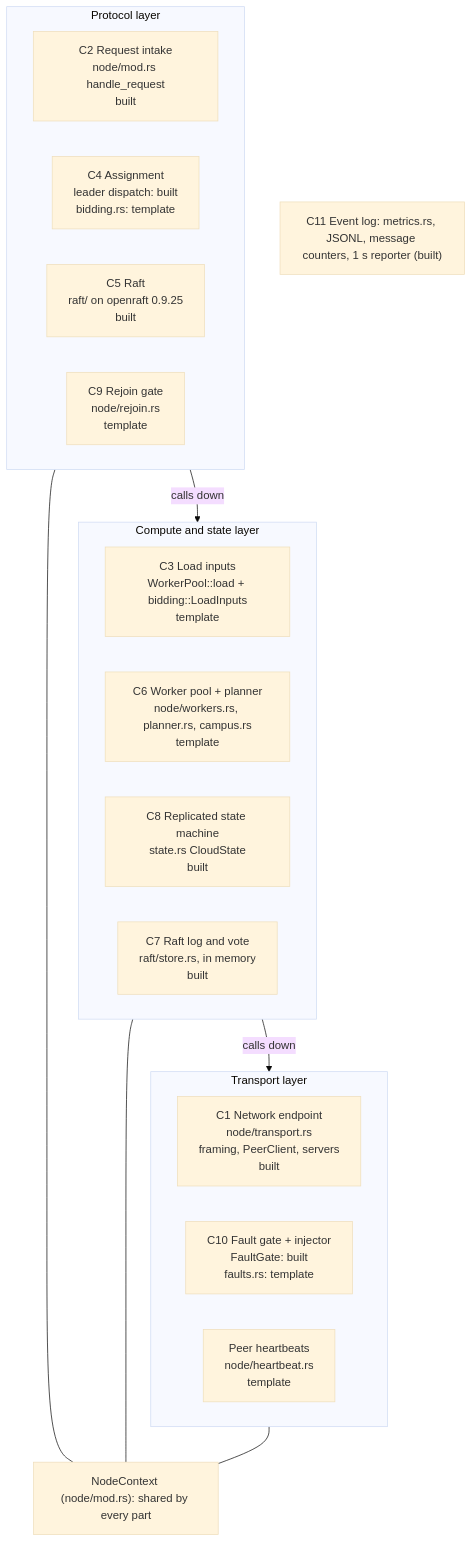
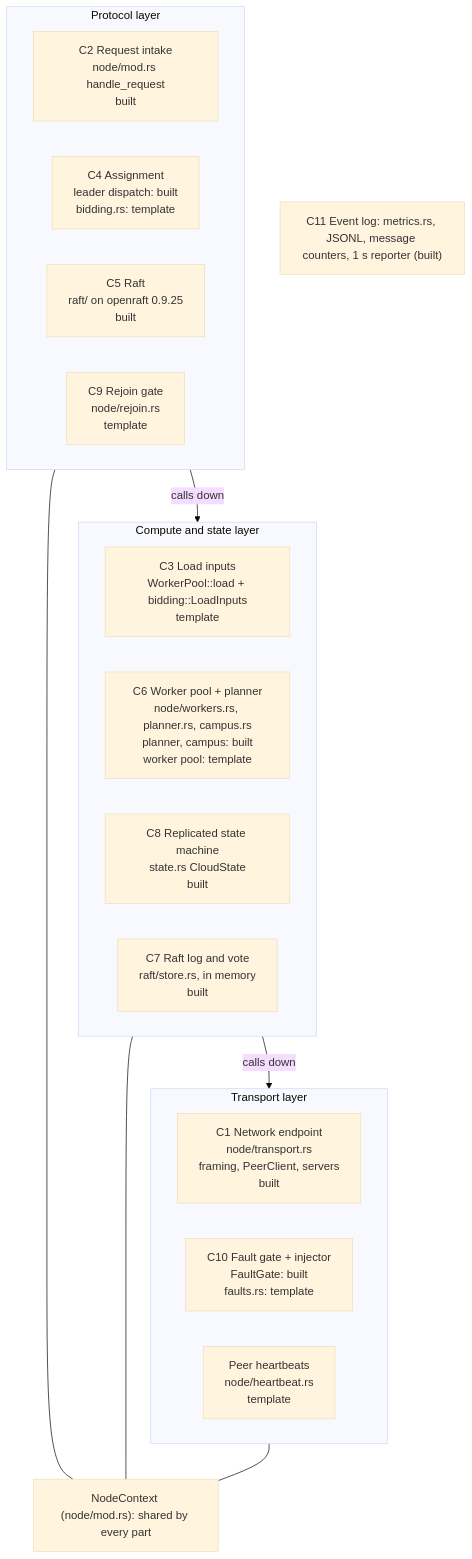
One commit to noortaytoy1/DistributedSystems changed the second of 26 diagrams in docs/architecture.md. Above: the diagram before and after it, drawn with Mermaid (base theme). The commit also changed other lines of this file and 3 other files, not shown here.

First line of the commit message:
Implement the planner and the seeded campus generator

````diff
--- a/docs/architecture.md
+++ b/docs/architecture.md
@@ -126,30 +126,30 @@
 ```mermaid
 flowchart TB
     subgraph TR["Transport layer"]
         direction LR
         C1["C1 Network endpoint<br/>node/transport.rs<br/>framing, PeerClient, servers<br/>built"]
         C10["C10 Fault gate + injector<br/>FaultGate: built<br/>faults.rs: template"]
         HB["Peer heartbeats<br/>node/heartbeat.rs<br/>template"]
     end
     subgraph PR["Protocol layer"]
         direction LR
         C2["C2 Request intake<br/>node/mod.rs handle_request<br/>built"]
         C4["C4 Assignment<br/>leader dispatch: built<br/>bidding.rs: template"]
         C5["C5 Raft<br/>raft/ on openraft 0.9.25<br/>built"]
         C9["C9 Rejoin gate<br/>node/rejoin.rs<br/>template"]
     end
     subgraph CS["Compute and state layer"]
         direction LR
         C3["C3 Load inputs<br/>WorkerPool::load + bidding::LoadInputs<br/>template"]
-        C6["C6 Worker pool + planner<br/>node/workers.rs, planner.rs, campus.rs<br/>template"]
+        C6["C6 Worker pool + planner<br/>node/workers.rs, planner.rs, campus.rs<br/>planner, campus: built<br/>worker pool: template"]
         C8["C8 Replicated state machine<br/>state.rs CloudState<br/>built"]
         C7["C7 Raft log and vote<br/>raft/store.rs, in memory<br/>built"]
     end
     C11["C11 Event log: metrics.rs, JSONL, message counters, 1 s reporter (built)"]
     CTX["NodeContext (node/mod.rs): shared by every part"]
     PR -->|calls down| CS
     CS -->|calls down| TR
     PR --- CTX
     CS --- CTX
     TR --- CTX
 ```
````
